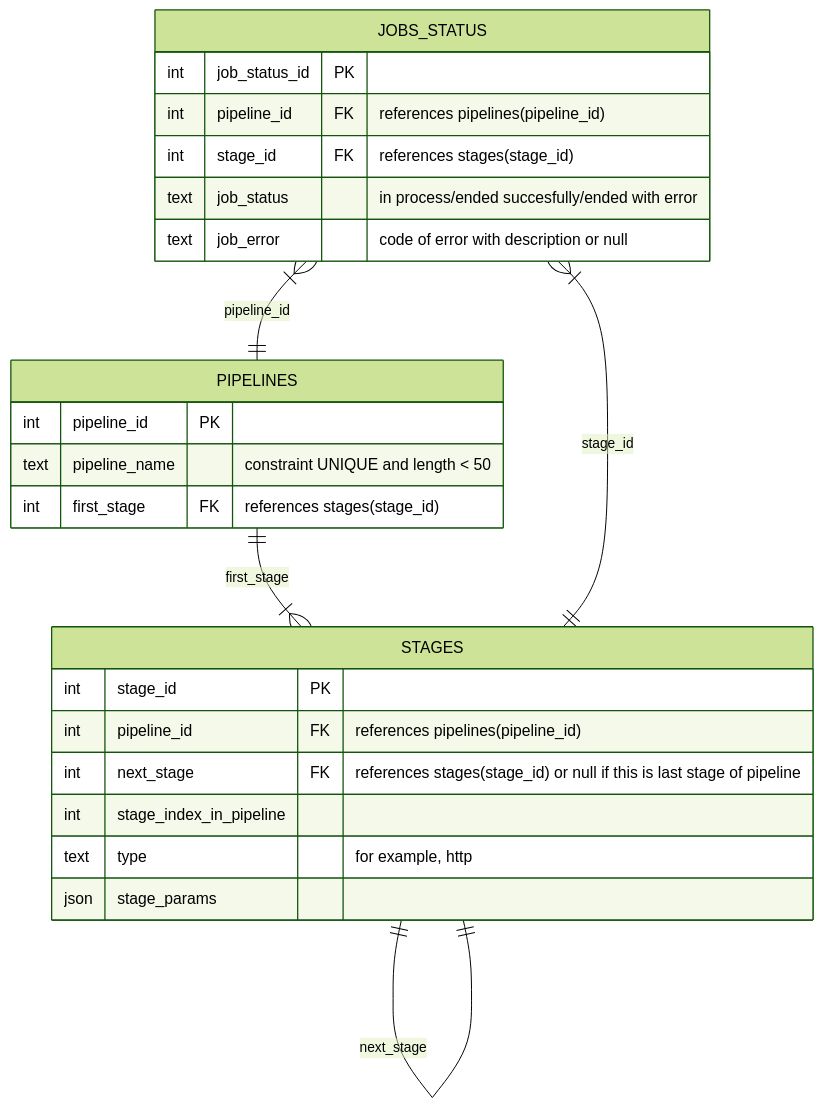
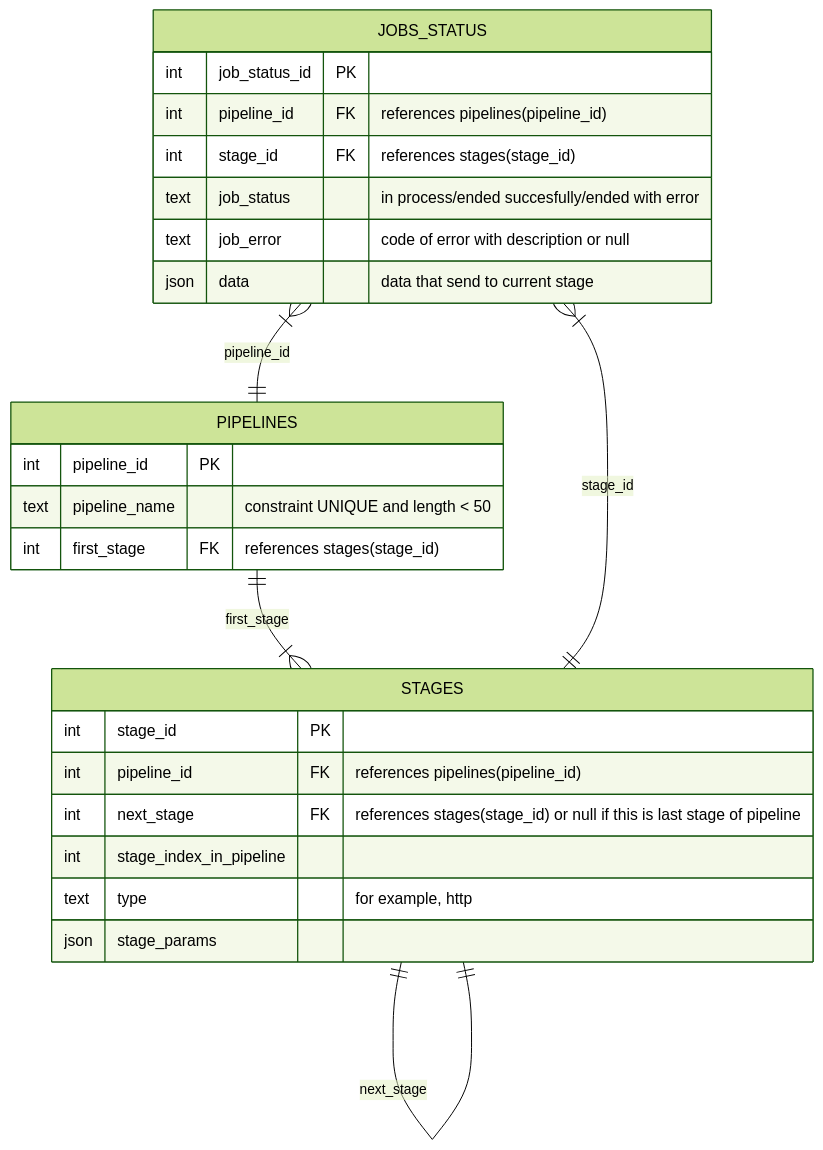
One commit to Jwostik/FastAPI changed the fourth of 4 diagrams in pipeline.md. Above: the diagram before and after it, drawn with Mermaid (forest theme). The commit also changed other lines of this file, not shown here.

````diff
--- a/pipeline.md
+++ b/pipeline.md
@@ -98,31 +100,32 @@
 ```mermaid
 erDiagram
     PIPELINES {
         int pipeline_id PK
         text pipeline_name "constraint UNIQUE and length < 50"
         int first_stage FK "references stages(stage_id)"
     }
     
     STAGES {
         int stage_id PK
         int pipeline_id FK "references pipelines(pipeline_id)"
         int next_stage FK "references stages(stage_id) or null if this is last stage of pipeline"
         int stage_index_in_pipeline
         text type "for example, http"
         json stage_params 
     }
 
     JOBS_STATUS {
         int job_status_id PK
         int pipeline_id FK "references pipelines(pipeline_id)"
         int stage_id FK "references stages(stage_id)"
         text job_status "in process/ended succesfully/ended with error"
         text job_error "code of error with description or null"
+        json data "data that send to current stage"
     }
 
     PIPELINES ||--|{ STAGES : first_stage
     STAGES ||--|| STAGES : next_stage
     JOBS_STATUS }|--|| STAGES : stage_id
     JOBS_STATUS }|--|| PIPELINES : pipeline_id
     
 ```
````
